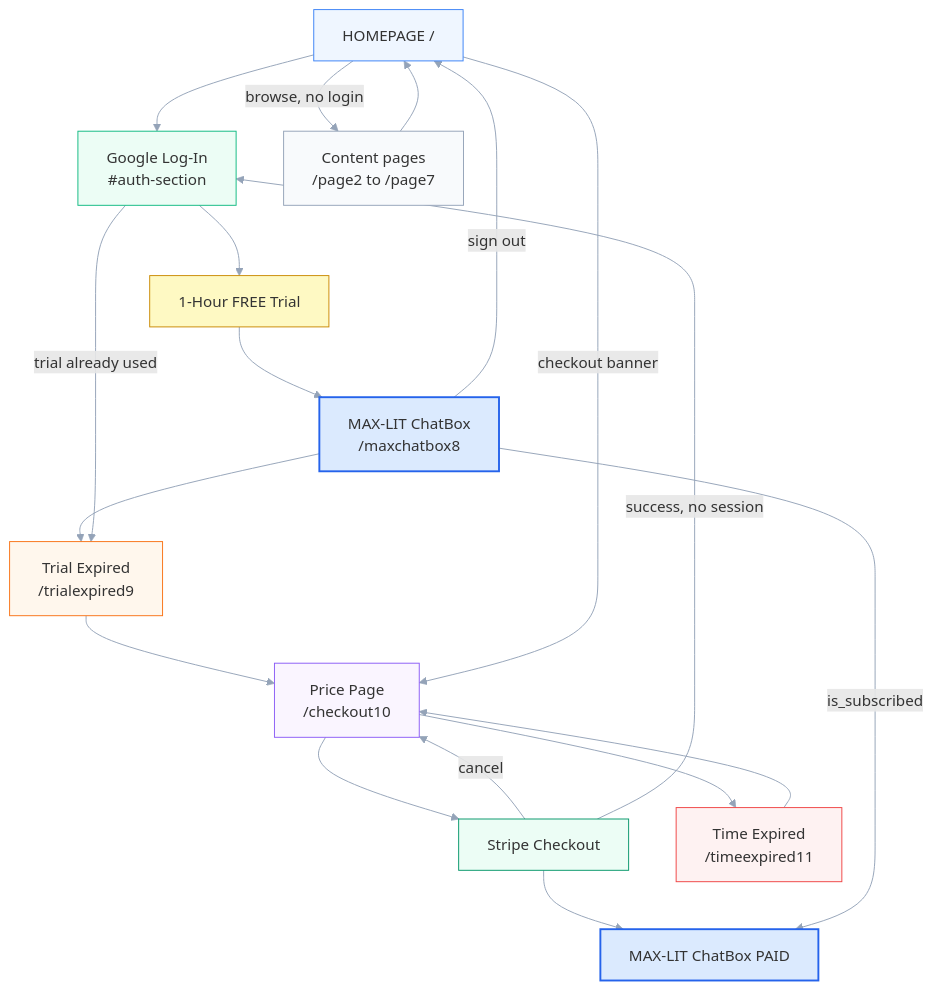
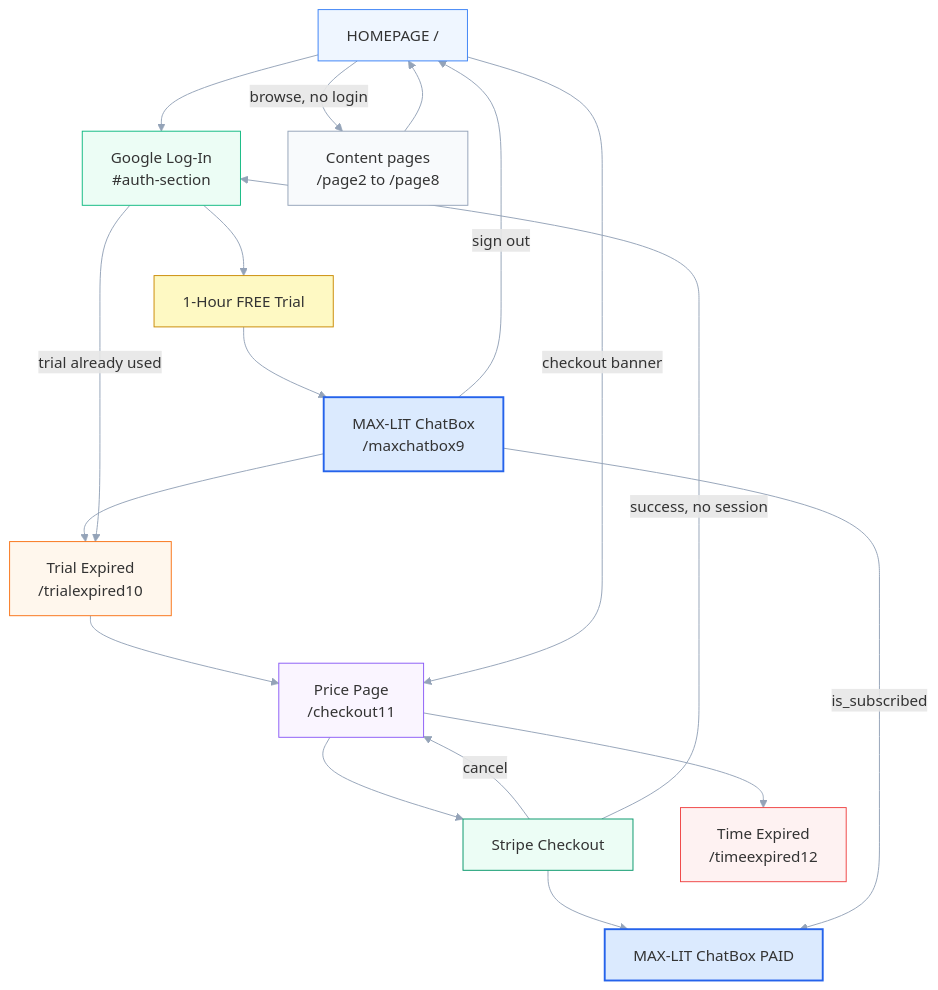
The diagram in USER-FLOWS.md (EinsteinErrorcom/EinsteinError.com), drawn with Mermaid before and after one commit. The commit also changed other lines of this file and 11 other files, not shown here.

First line of the commit message:
Update flow docs and public charts for the 8+4 page map.

````diff
--- a/USER-FLOWS.md
+++ b/USER-FLOWS.md
@@ -32,35 +33,35 @@
 ```mermaid
 flowchart TB
   Home["HOMEPAGE /"]
   Login["Google Log-In<br/>#auth-section"]
   Trial["1-Hour FREE Trial"]
-  Chat["MAX-LIT ChatBox<br/>/maxchatbox8"]
-  Expired["Trial Expired<br/>/trialexpired9"]
-  Price["Price Page<br/>/checkout10"]
+  Chat["MAX-LIT ChatBox<br/>/maxchatbox9"]
+  Expired["Trial Expired<br/>/trialexpired10"]
+  Price["Price Page<br/>/checkout11"]
   Stripe["Stripe Checkout"]
   ChatPaid["MAX-LIT ChatBox PAID"]
-  Time["Time Expired<br/>/timeexpired11"]
-  Content["Content pages<br/>/page2 to /page7"]
+  Time["Time Expired<br/>/timeexpired12"]
+  Content["Content pages<br/>/page2 to /page8"]
 
   Home --> Login --> Trial --> Chat --> Expired --> Price --> Stripe --> ChatPaid
   Home -->|"browse, no login"| Content --> Home
   Home -->|"checkout banner"| Price
   Login -->|"trial already used"| Expired
   Chat -->|"sign out"| Home
   Chat -->|"is_subscribed"| ChatPaid
   Stripe -->|"cancel"| Price
   Stripe -->|"success, no session"| Login
-  Price --> Time --> Price
+  Price --> Time
 
   style Home fill:#eff6ff,stroke:#3b82f6
   style Login fill:#ecfdf5,stroke:#10b981
   style Trial fill:#fef9c3,stroke:#ca8a04
   style Chat fill:#dbeafe,stroke:#2563eb,stroke-width:2px
   style ChatPaid fill:#dbeafe,stroke:#2563eb,stroke-width:2px
   style Expired fill:#fff7ed,stroke:#f97316
   style Price fill:#faf5ff,stroke:#8b5cf6
   style Stripe fill:#ecfdf5,stroke:#059669
   style Time fill:#fef2f2,stroke:#ef4444
   style Content fill:#f8fafc,stroke:#94a3b8
   linkStyle default stroke:#94a3b8,stroke-width:1px
 ```
````
